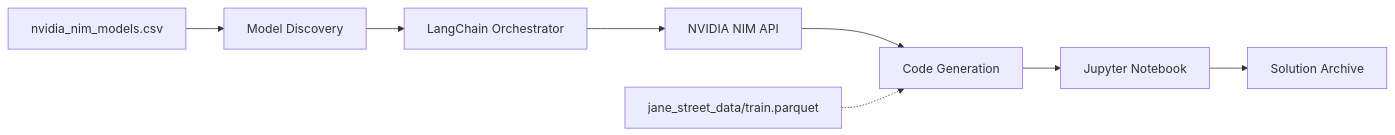
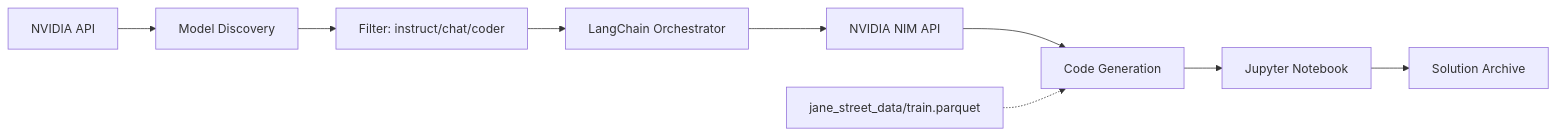
One commit to gitdhirajsv/NVIDIA-NIM-Quant-Wars changed the diagram in README.md. Above: the diagram before and after it, drawn with Mermaid. The commit also changed other lines of this file and 1 other file, not shown here.

Commit message:
Update README and start_battle.bat for official API model discovery

````diff
--- a/README.md
+++ b/README.md
@@ -41,11 +42,12 @@
 ```mermaid
 flowchart LR
-    A["nvidia_nim_models.csv"] --> B["Model Discovery"]
-    B --> C["LangChain Orchestrator"]
-    C --> D["NVIDIA NIM API"]
-    D --> E["Code Generation"]
-    E --> F["Jupyter Notebook"]
-    F --> G["Solution Archive"]
+    A["NVIDIA API"] --> B["Model Discovery"]
+    B --> C["Filter: instruct/chat/coder"]
+    C --> D["LangChain Orchestrator"]
+    D --> E["NVIDIA NIM API"]
+    E --> F["Code Generation"]
+    F --> G["Jupyter Notebook"]
+    G --> H["Solution Archive"]
     
-    H["jane_street_data/train.parquet"] -.-> E
+    I["jane_street_data/train.parquet"] -.-> F
 ```
````
